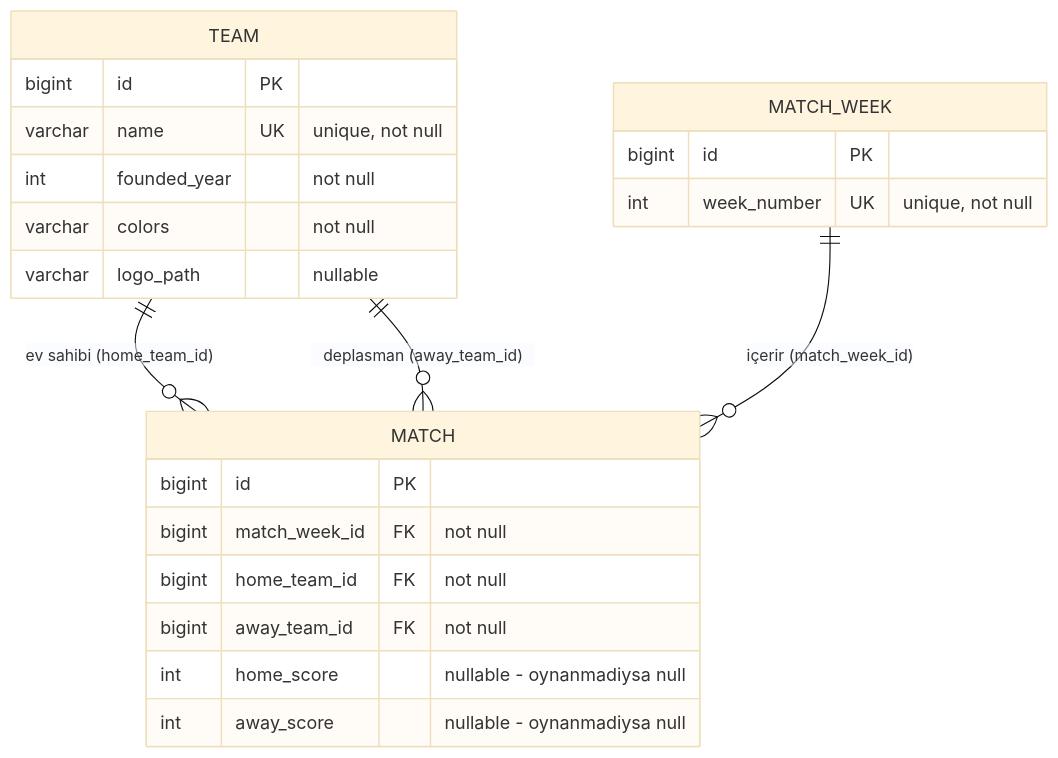
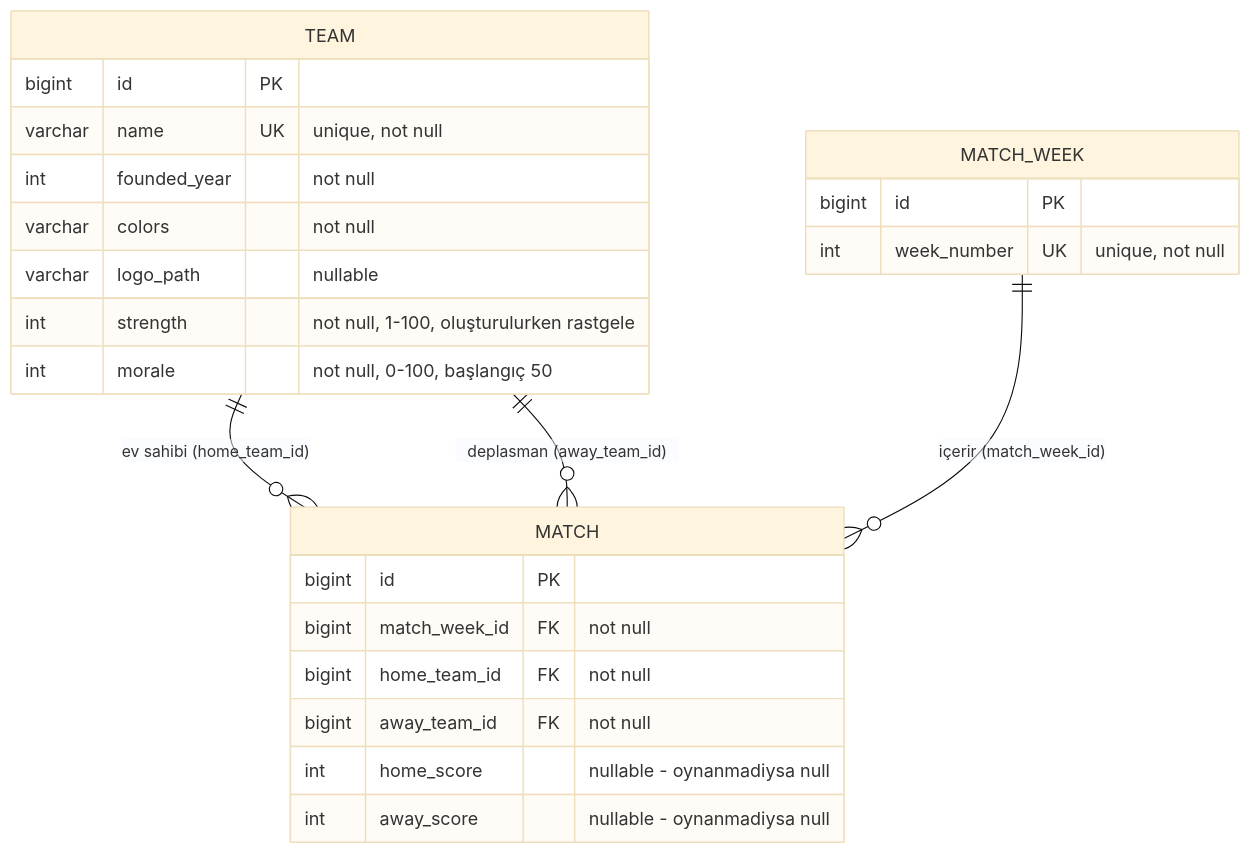
Before and after one commit to MGelgor/football-league-management-system: the diagram in ER_DIYAGRAMI.md, drawn with Mermaid (base theme). The commit also changed other lines of this file and 6 other files, not shown here.

````diff
--- a/ER_DIYAGRAMI.md
+++ b/ER_DIYAGRAMI.md
@@ -5,28 +5,30 @@
 ```mermaid
 erDiagram
     TEAM ||--o{ MATCH : "ev sahibi (home_team_id)"
     TEAM ||--o{ MATCH : "deplasman (away_team_id)"
     MATCH_WEEK ||--o{ MATCH : "içerir (match_week_id)"
 
     TEAM {
         bigint id PK
         varchar name UK "unique, not null"
         int founded_year "not null"
         varchar colors "not null"
         varchar logo_path "nullable"
+        int strength "not null, 1-100, oluşturulurken rastgele"
+        int morale "not null, 0-100, başlangıç 50"
     }
 
     MATCH_WEEK {
         bigint id PK
         int week_number UK "unique, not null"
     }
 
     MATCH {
         bigint id PK
         bigint match_week_id FK "not null"
         bigint home_team_id FK "not null"
         bigint away_team_id FK "not null"
         int home_score "nullable - oynanmadiysa null"
         int away_score "nullable - oynanmadiysa null"
     }
 ```
````
